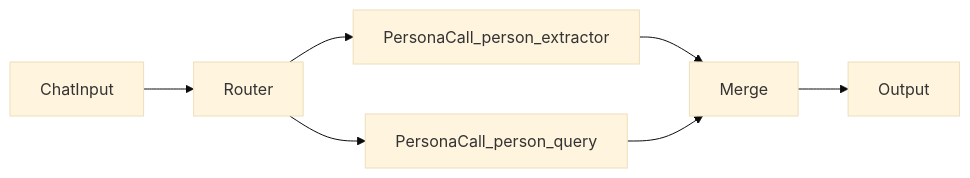
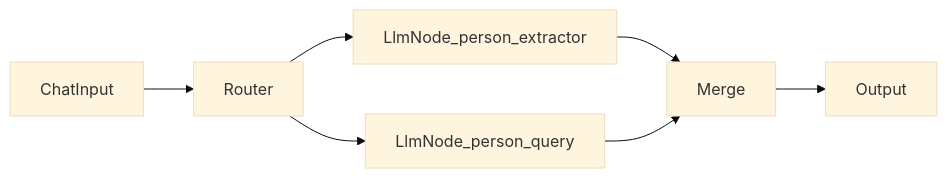
One commit to rahamohebbi/Agctor changed the diagram in Project/prd-014/prd-014-scenario-visual-designer-modal.md. Above: the diagram before and after it, drawn with Mermaid (base theme). The commit also changed other lines of this file and 43 other files, not shown here.

First line of the commit message:
Refactor: Rename PersonaCall node type to LlmNode for consistency

````diff
--- a/Project/prd-014/prd-014-scenario-visual-designer-modal.md
+++ b/Project/prd-014/prd-014-scenario-visual-designer-modal.md
@@ -215,9 +215,9 @@
 ```mermaid
 flowchart LR
     chatInput[ChatInput] --> routerNode[Router]
-    routerNode --> extractorCall[PersonaCall_person_extractor]
-    routerNode --> queryCall[PersonaCall_person_query]
+    routerNode --> extractorCall[LlmNode_person_extractor]
+    routerNode --> queryCall[LlmNode_person_query]
     extractorCall --> mergeNode[Merge]
     queryCall --> mergeNode
     mergeNode --> outputNode[Output]
 ```
````
